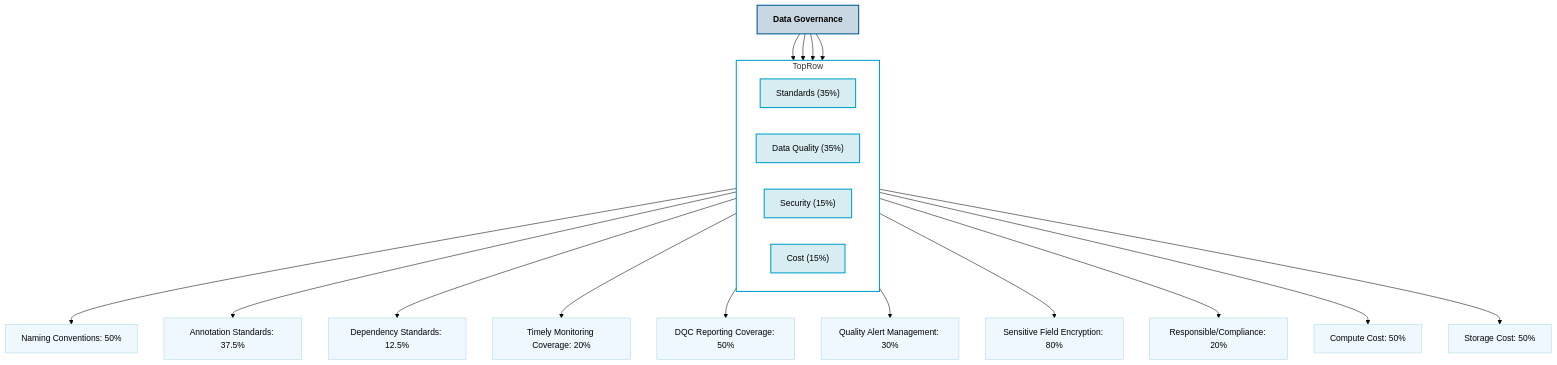
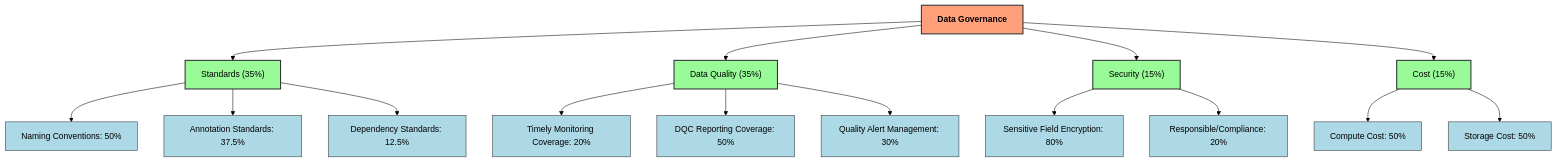
Before and after one commit to blaire101/data-warehouse-solutions: the first of 3 diagrams in README.md, drawn with Mermaid (forest theme).

````diff
--- a/README.md
+++ b/README.md
@@ -19,43 +19,31 @@
 ```mermaid
 flowchart TB
-  %% Style definitions
-  classDef topNode fill:#C9D7E2,stroke:#005B91,stroke-width:2px,color:#000000,font-weight:bold;
-  classDef mainCategory fill:#D8EDF2,stroke:#00A2C9,stroke-width:2px,color:#000000;
-  classDef subCategory fill:#F0F8FF,stroke:#ADD8E6,stroke-width:1px,color:#000000;
+  %% Style definitions using Shopee palette
+  classDef topNode fill:#FFA07A,stroke:#333,stroke-width:2px,color:#000000,font-weight:bold;
+  classDef mainCategory fill:#98FB98,stroke:#333,stroke-width:2px,color:#000000;
+  classDef subCategory fill:#ADD8E6,stroke:#333,stroke-width:1px,color:#000000;
 
   %% Top node
   DG["Data Governance"]:::topNode
 
-  %% Main categories aligned horizontally under DG
-  subgraph TopRow
-    direction LR
-    S["Standards (35%)"]:::mainCategory
-    DQ["Data Quality (35%)"]:::mainCategory
-    SE["Security (15%)"]:::mainCategory
-    C["Cost (15%)"]:::mainCategory
-  end
+  %% Main branches aligned horizontally under DG
+  DG --> S["Standards (35%)"]:::mainCategory
+  DG --> DQ["Data Quality (35%)"]:::mainCategory
+  DG --> SE["Security (15%)"]:::mainCategory
+  DG --> C["Cost (15%)"]:::mainCategory
 
-  %% Style the TopRow container in green border
-  style TopRow fill:transparent,stroke:#00A2C9,stroke-width:2px
-
-  %% Connections from top node to main categories
-  DG --> S
-  DG --> DQ
-  DG --> SE
-  DG --> C
-
-  %% Sub-items linked from each main category
+  %% Sub-items for each branch
   S --> NS["Naming Conventions: 50%"]:::subCategory
   S --> CS["Annotation Standards: 37.5%"]:::subCategory
   S --> DS["Dependency Standards: 12.5%"]:::subCategory
 
   DQ --> RM["Timely Monitoring Coverage: 20%"]:::subCategory
   DQ --> DQC["DQC Reporting Coverage: 50%"]:::subCategory
   DQ --> QAM["Quality Alert Management: 30%"]:::subCategory
 
   SE --> SFP["Sensitive Field Encryption: 80%"]:::subCategory
   SE --> RPC["Responsible/Compliance: 20%"]:::subCategory
 
   C --> CC["Compute Cost: 50%"]:::subCategory
   C --> SC["Storage Cost: 50%"]:::subCategory
 ```
````
